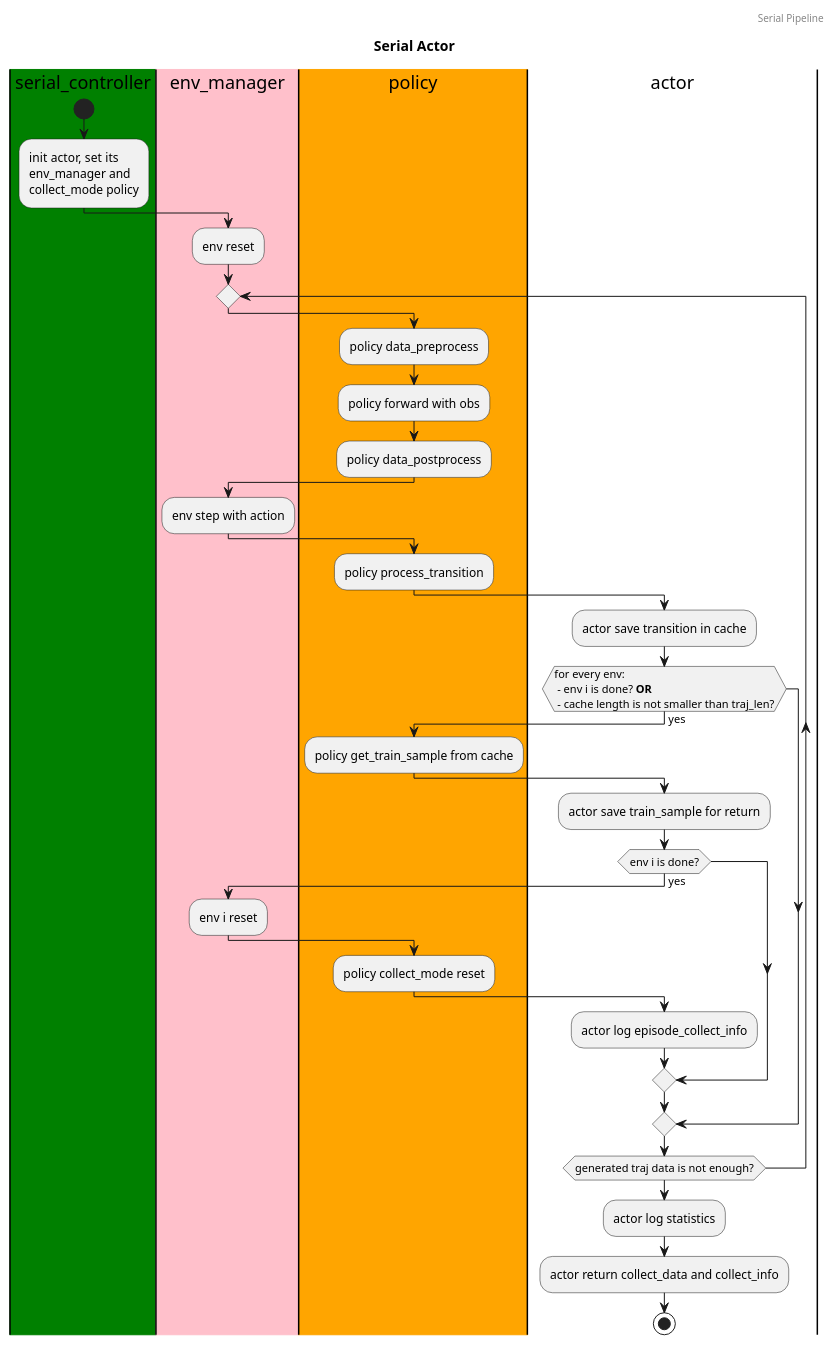
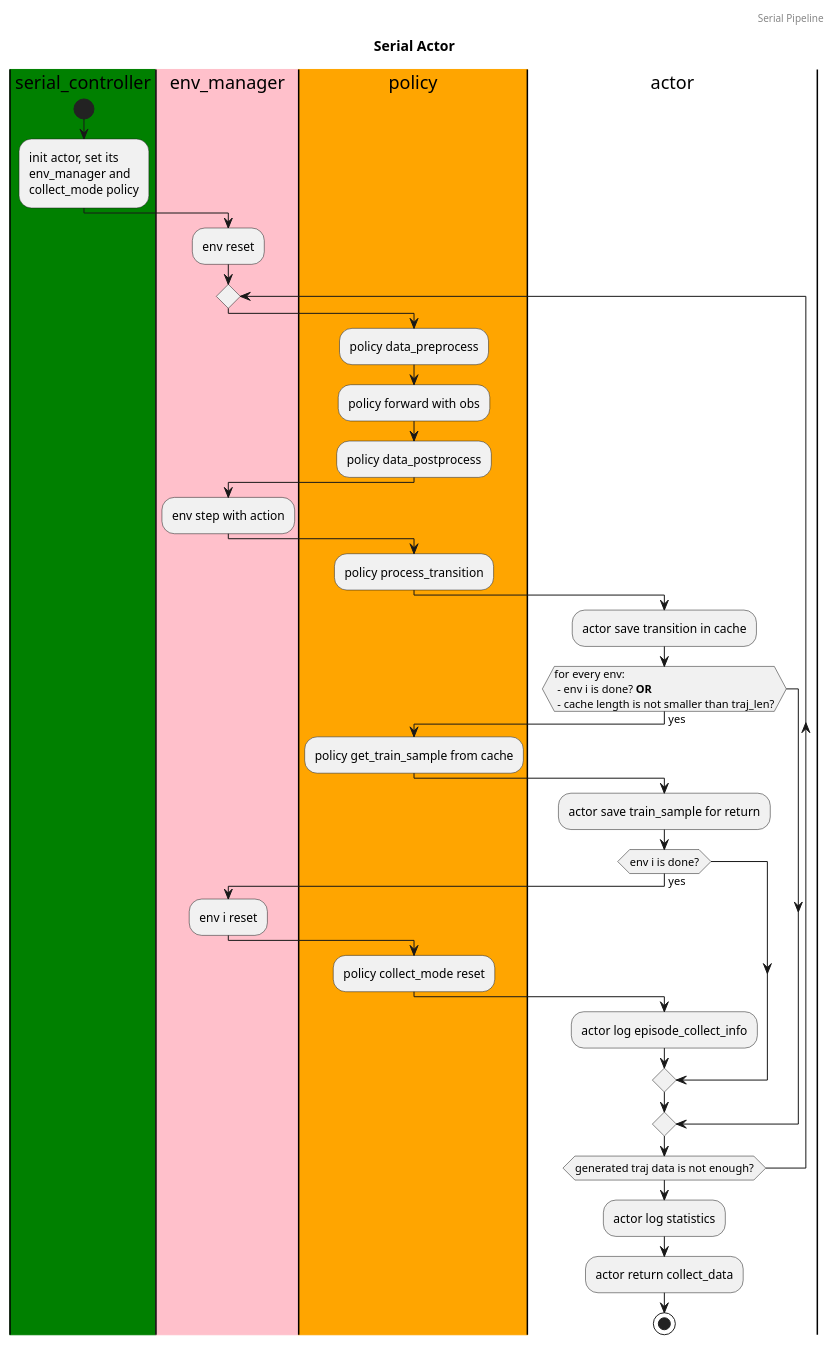
One commit to opendilab/DI-engine changed the diagram in nervex/design/serial_actor.puml. Above: the diagram before and after it, drawn with PlantUML. The commit also changed 88 other files, not shown here.

Commit message:
remove traj_print_freq in serial_config.actor; remove collect_info in learner

```diff
--- a/nervex/design/serial_actor.puml
+++ b/nervex/design/serial_actor.puml
@@ -1,46 +1,46 @@
 @startuml serial_actor
 header Serial Pipeline
 title Serial Actor
 
 |#green|serial_controller|
 |#pink|env_manager|
 |#orange|policy|
 |actor|
 
 |#green|serial_controller|
 start
 :init actor, set its \nenv_manager and \ncollect_mode policy;
 |#pink|env_manager|
 :env reset;
 repeat
   |#orange|policy|
   :policy data_preprocess;
   :policy forward with obs;
   :policy data_postprocess;
   |#pink|env_manager|
   :env step with action;
   |#orange|policy|
   :policy process_transition;
   |actor|
   :actor save transition in cache;
   if (for every env: \n - env i is done? <b>OR</b> \n - cache length is not smaller than traj_len?) then (yes)
     |#orange|policy|
     :policy get_train_sample from cache;
     |actor|
     :actor save train_sample for return;
     if (env i is done?) then (yes)
       |#pink|env_manager|
       :env i reset;
       |#orange|policy|
       :policy collect_mode reset;
       |actor|
       :actor log episode_collect_info;
     endif
   endif
 repeat while (generated traj data is not enough?)
 |actor|
 :actor log statistics;
-:actor return collect_data and collect_info;
+:actor return collect_data;
 stop
 
 @enduml
```
